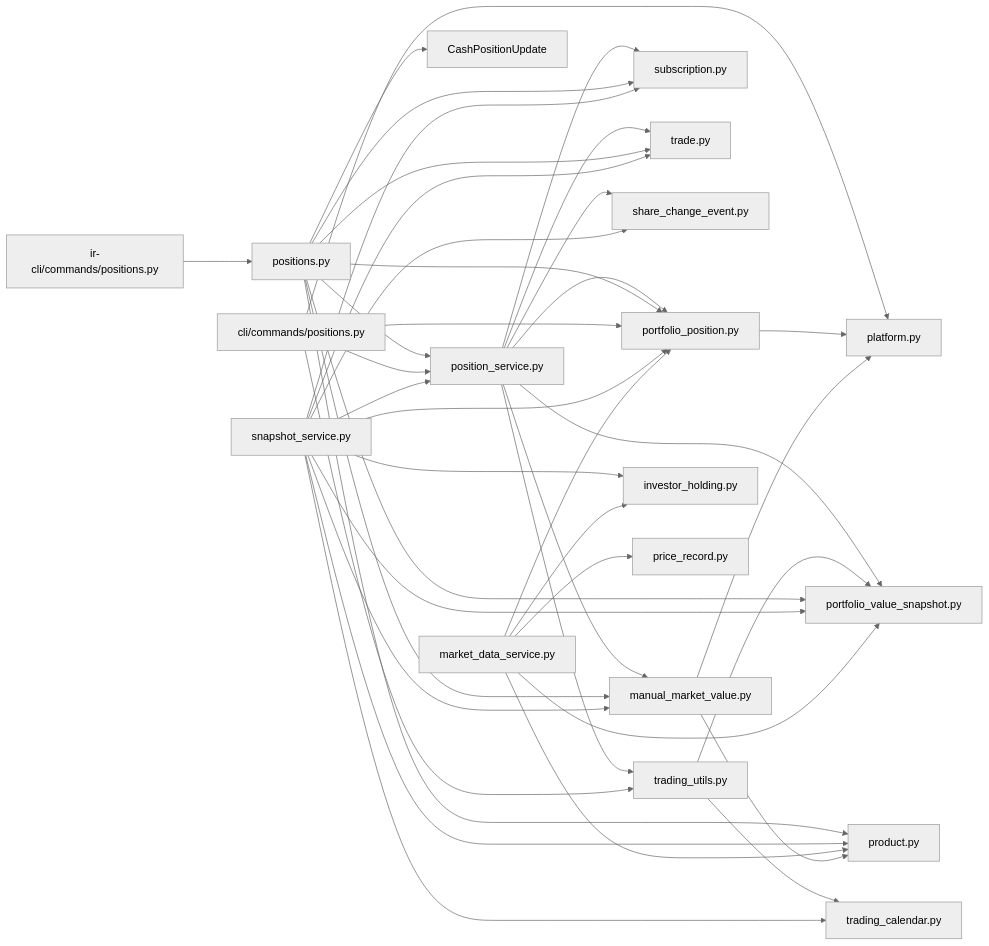
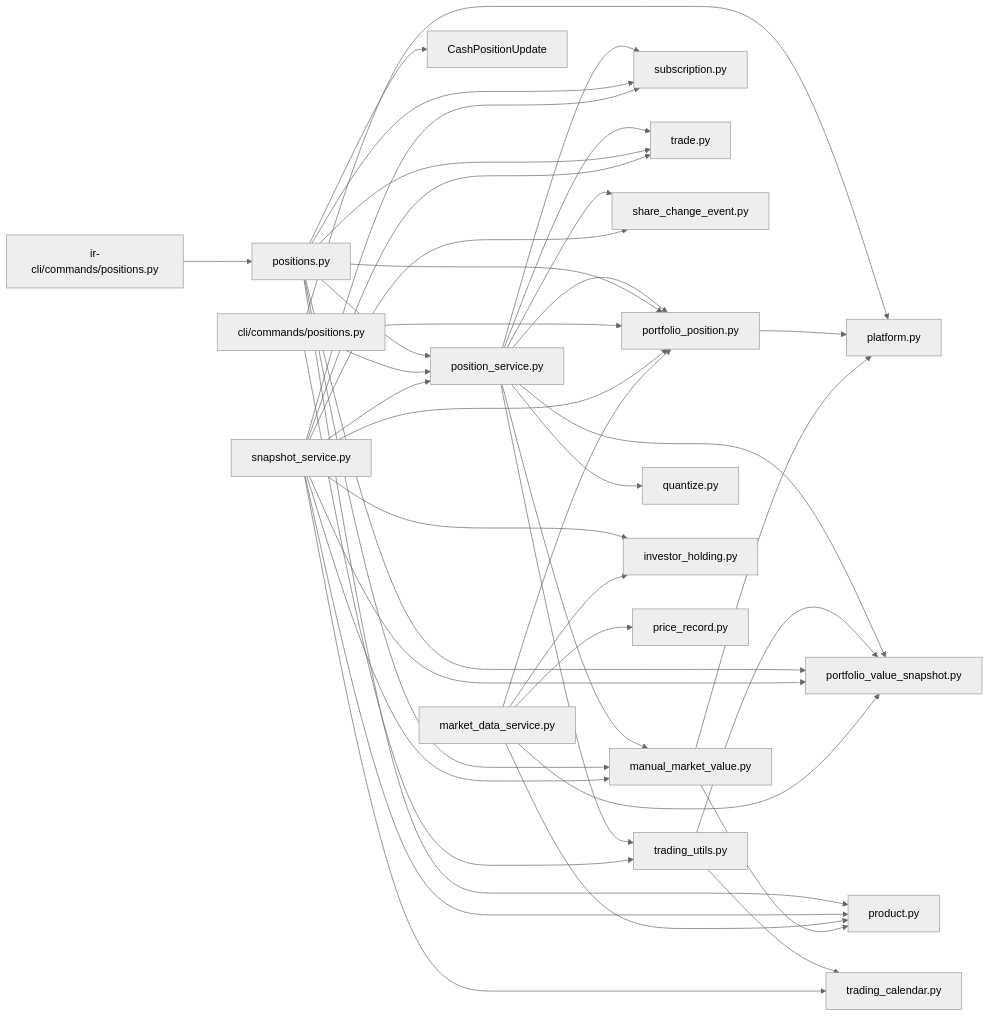
The tenth of 10 diagrams in .qoder/repowiki/zh/content/核心业务功能/持仓管理.md (gujialind/InvestRing), drawn with Mermaid (neutral theme) before and after one commit. The commit also changed other lines of this file and 65 other files, not shown here.

````diff
--- a/.qoder/repowiki/zh/content/核心业务功能/持仓管理.md
+++ b/.qoder/repowiki/zh/content/核心业务功能/持仓管理.md
@@ -634,43 +722,44 @@
 ```mermaid
 graph LR
 PS["position_service.py"] --> PP["portfolio_position.py"]
 PS --> PVS["portfolio_value_snapshot.py"]
 PS --> SUB["subscription.py"]
 PS --> TR["trade.py"]
 PS --> SCE["share_change_event.py"]
 PS --> MMV["manual_market_value.py"]
 PS --> TU["trading_utils.py"]
+PS --> QU["quantize.py"]
 TU --> PVS
 TU --> PCAL["trading_calendar.py"]
 R1["positions.py"] --> PS
 R1 --> PP
 R1 --> PVS
 R1 --> SUB
 R1 --> TR
 R1 --> PRD["product.py"]
 R1 --> CPSU["CashPositionUpdate"]
 R1 --> MMV
 CLI["cli/commands/positions.py"] --> PS
 CLI --> PP
 CLI --> PL["platform.py"]
 CLI --> TU
 IRCLI["ir-cli/commands/positions.py"] --> R1
 SS["snapshot_service.py"] --> PS
 SS --> PP
 SS --> PVS
 SS --> INVH["investor_holding.py"]
 SS --> TR
 SS --> SUB
 SS --> PRD
 SS --> PCAL
 SS --> SCE
 SS --> MMV
 MDS["market_data_service.py"] --> PRD
 MDS --> PP
 MDS --> PVS
 MDS --> PR["price_record.py"]
 MDS --> INVH
 PP --> PL
 MMV --> PL
 MMV --> PRD
 ```
````
